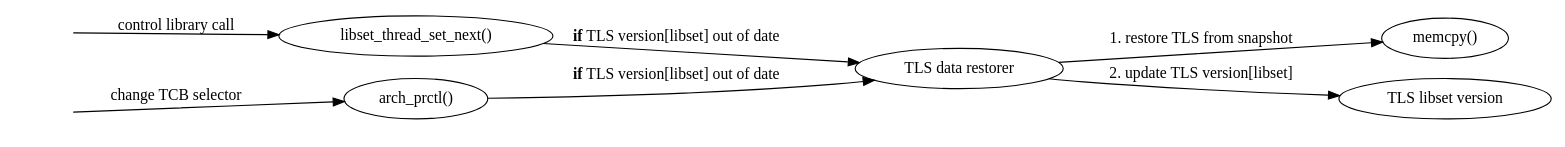
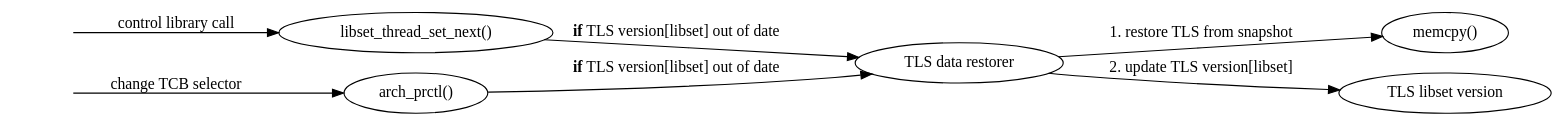
Before and after one commit to solb/thesis: the diagram in figs/reinit_tls.dot, drawn with Graphviz.

Commit message:
figs/reinit_tls.dot: Remove vestigial constraint edge that was now causing problems
Note that we are not touching the corresponding edge in reinit.dot because in that case it prevents
the rows from switching order.

```diff
--- a/figs/reinit_tls.dot
+++ b/figs/reinit_tls.dot
@@ -1,28 +1,21 @@
 strict digraph {
 	rankdir=LR;
 	node [label=""];
 
 	next [shape=none];
 	install [shape=none];
-
-	{
-		rank=same;
-		edge [style=invisible, arrowhead=none];
-
-		next -> install;
-	}
 
 	set [label="libset_thread_set_next()"];
 	segment [label="arch_prctl()"];
 	restore2 [label="TLS data restorer"];
 	mcpy3 [label="memcpy()"];
 	version [label="TLS libset version"];
 
 	next -> set [label="control library call"];
 	install -> segment [label="change TCB selector"];
 
 	set->restore2 [label=<<b>if</b> TLS version[libset] out of date>];
 	segment->restore2 [label=<<b>if</b> TLS version[libset] out of date>];
 	restore2 -> mcpy3 [label="1. restore TLS from snapshot"];
 	restore2 -> version [label="2. update TLS version[libset]"];
 }
```
